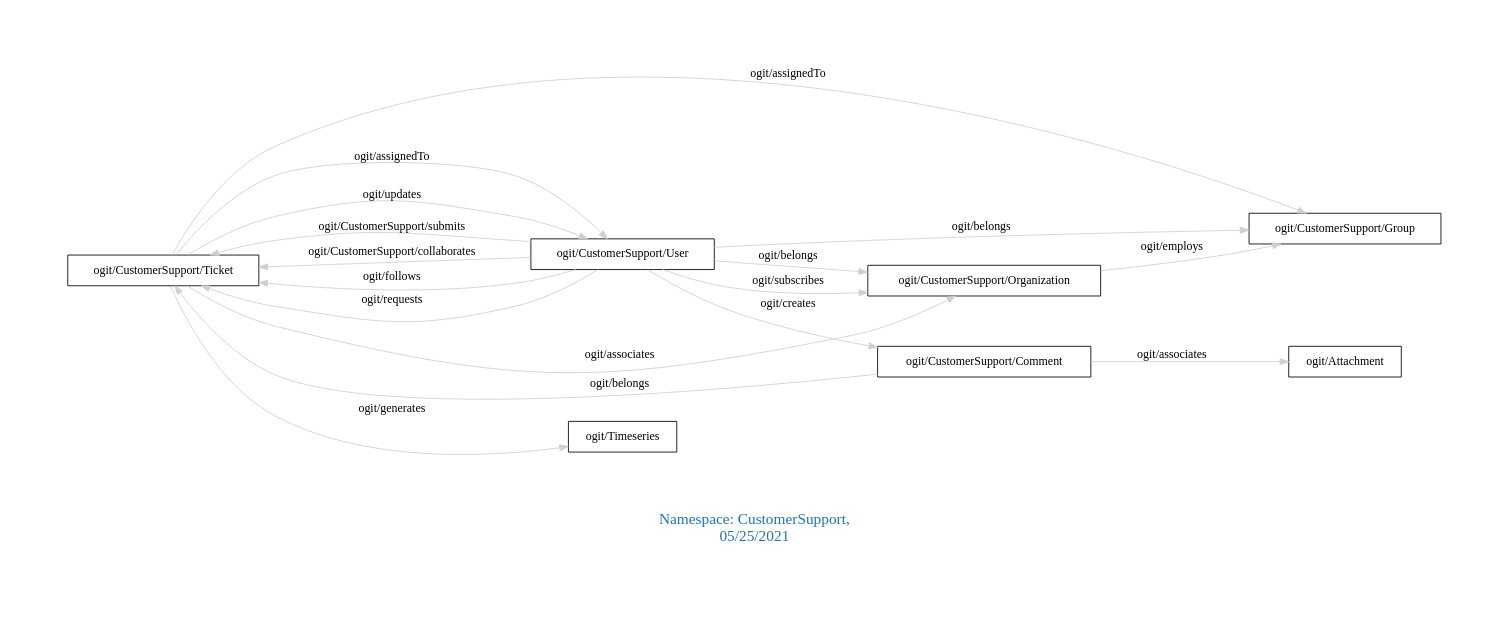
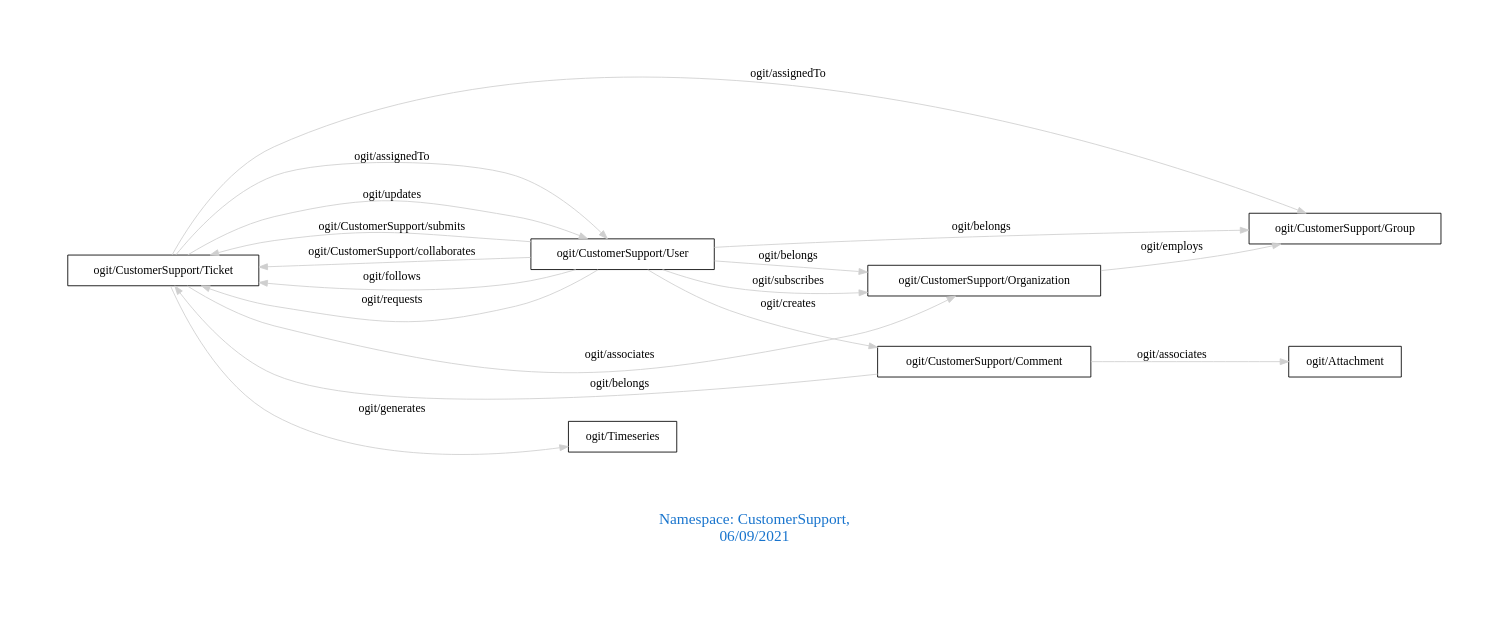
One commit to arago/OGIT changed the diagram in downloads/CustomerSupport.dot. Above: the diagram before and after it, drawn with Graphviz. The commit also changed 1909 other files, not shown here.

```diff
--- a/downloads/CustomerSupport.dot
+++ b/downloads/CustomerSupport.dot
@@ -1,24 +1,24 @@
 digraph OGIT_ontology {
  graph [ rankdir= LR,pad=1 
 fontsize = 18,
-fontcolor= dodgerblue3,label = "\n\n\nNamespace: CustomerSupport, \n 05/25/2021"];
+fontcolor= dodgerblue3,label = "\n\n\nNamespace: CustomerSupport, \n 06/09/2021"];
 node[shape=polygon];
 edge [  color="gray81"];
 
    "ogit/CustomerSupport/Ticket" -> "ogit/CustomerSupport/User" [label="   ogit/assignedTo    "];
    "ogit/CustomerSupport/Ticket" -> "ogit/CustomerSupport/Group" [label="   ogit/assignedTo    "];
    "ogit/CustomerSupport/Ticket" -> "ogit/Timeseries" [label="   ogit/generates    "];
    "ogit/CustomerSupport/User" -> "ogit/CustomerSupport/Ticket" [label="   ogit/CustomerSupport/submits    "];
    "ogit/CustomerSupport/Organization" -> "ogit/CustomerSupport/Group" [label="   ogit/employs    "];
    "ogit/CustomerSupport/User" -> "ogit/CustomerSupport/Ticket" [label="   ogit/CustomerSupport/collaborates    "];
    "ogit/CustomerSupport/User" -> "ogit/CustomerSupport/Ticket" [label="   ogit/follows    "];
    "ogit/CustomerSupport/User" -> "ogit/CustomerSupport/Comment" [label="   ogit/creates    "];
    "ogit/CustomerSupport/Comment" -> "ogit/Attachment" [label="   ogit/associates    "];
    "ogit/CustomerSupport/Ticket" -> "ogit/CustomerSupport/Organization" [label="   ogit/associates    "];
    "ogit/CustomerSupport/User" -> "ogit/CustomerSupport/Ticket" [label="   ogit/requests    "];
    "ogit/CustomerSupport/Ticket" -> "ogit/CustomerSupport/User" [label="   ogit/updates    "];
    "ogit/CustomerSupport/Comment" -> "ogit/CustomerSupport/Ticket" [label="   ogit/belongs    "];
    "ogit/CustomerSupport/User" -> "ogit/CustomerSupport/Group" [label="   ogit/belongs    "];
    "ogit/CustomerSupport/User" -> "ogit/CustomerSupport/Organization" [label="   ogit/belongs    "];
    "ogit/CustomerSupport/User" -> "ogit/CustomerSupport/Organization" [label="   ogit/subscribes    "];
 }
```
